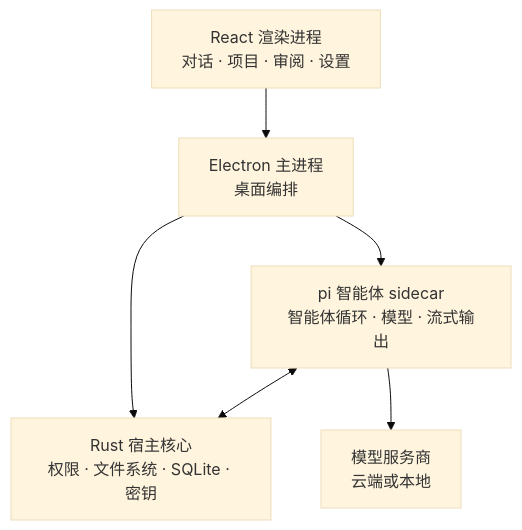
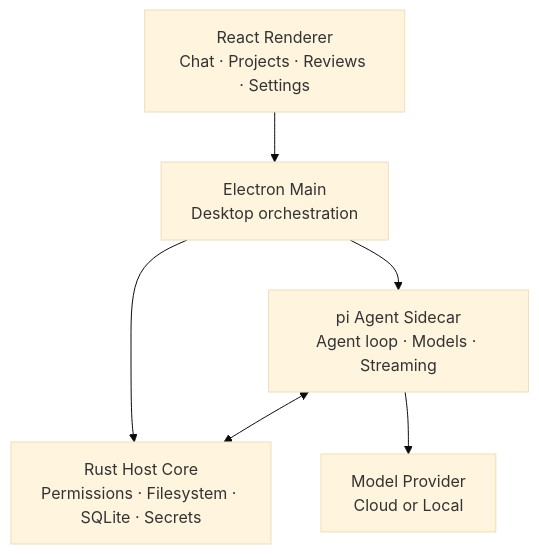
The diagram in README.zh-CN.md (SakuraLoveSmile/PI-Desktop), drawn with Mermaid (base theme) before and after one commit. The commit also changed other lines of this file, not shown here.

````diff
--- a/README.zh-CN.md
+++ b/README.zh-CN.md
@@ -366,14 +502,14 @@
 ```mermaid
 flowchart TB
-    UI["React 渲染进程<br/>对话 · 项目 · 审阅 · 设置"]
-    Electron["Electron 主进程<br/>桌面编排"]
-    Rust["Rust 宿主核心<br/>权限 · 文件系统 · SQLite · 密钥"]
-    Agent["pi 智能体 sidecar<br/>智能体循环 · 模型 · 流式输出"]
-    Provider["模型服务商<br/>云端或本地"]
+    UI["React Renderer<br/>Chat · Projects · Reviews · Settings"]
+    Electron["Electron Main<br/>Desktop orchestration"]
+    Rust["Rust Host Core<br/>Permissions · Filesystem · SQLite · Secrets"]
+    Agent["pi Agent Sidecar<br/>Agent loop · Models · Streaming"]
+    Provider["Model Provider<br/>Cloud or Local"]
 
     UI --> Electron
     Electron --> Rust
     Electron --> Agent
     Agent <--> Rust
     Agent --> Provider
 ```
````
